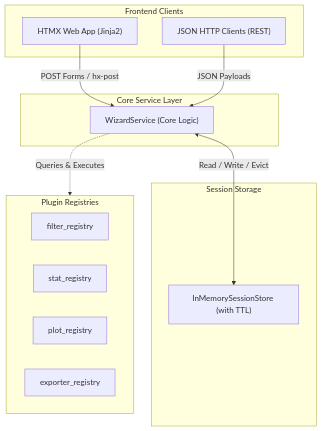
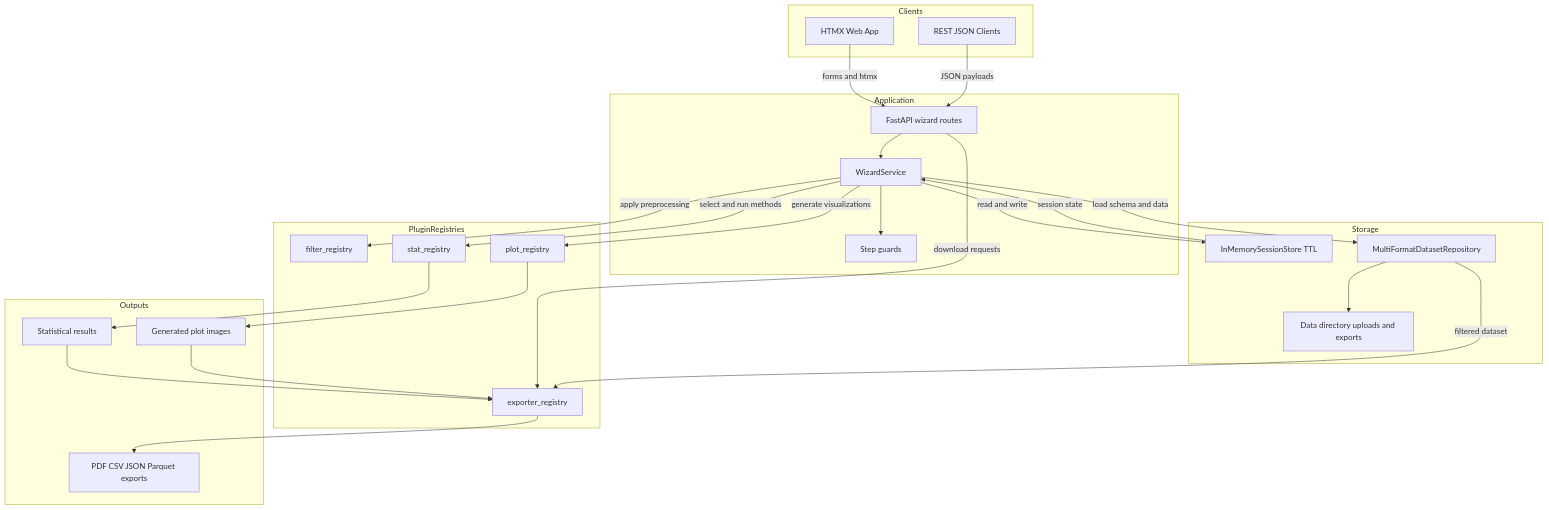
The diagram in README.md (Kugeleis/expyri), drawn with Mermaid before and after one commit. The commit also changed other lines of this file, not shown here.

Commit message:
fix: Update architecture diagram

````diff
--- a/README.md
+++ b/README.md
@@ -20,27 +20,51 @@
 ```mermaid
-graph TD
-    subgraph Clients [Frontend Clients]
-        HTML["HTMX Web App (Jinja2)"]
-        JSON["JSON HTTP Clients (REST)"]
+flowchart TD
+    subgraph Clients
+        HTML["HTMX Web App"]
+        JSON["REST JSON Clients"]
     end
 
-    subgraph Service [Core Service Layer]
-        WS["WizardService (Core Logic)"]
+    subgraph Application
+        Router["FastAPI wizard routes"]
+        Service["WizardService"]
+        Guards["Step guards"]
     end
 
-    subgraph Store [Session Storage]
-        StoreDB["InMemorySessionStore (with TTL)"]
+    subgraph Storage
+        StoreDB["InMemorySessionStore TTL"]
+        Repo["MultiFormatDatasetRepository"]
+        DataDir["Data directory uploads and exports"]
     end
 
-    subgraph Registries [Plugin Registries]
-        FR["filter_registry"]
-        SR["stat_registry"]
-        PR["plot_registry"]
-        ER["exporter_registry"]
+    subgraph PluginRegistries
+        Filters["filter_registry"]
+        Stats["stat_registry"]
+        Plots["plot_registry"]
+        Exporters["exporter_registry"]
     end
 
-    HTML -->|POST Forms / hx-post| WS
-    JSON -->|JSON Payloads| WS
-    WS <-->|Read / Write / Evict| StoreDB
-    WS -.->|Queries & Executes| Registries
+    subgraph Outputs
+        StatResults["Statistical results"]
+        PlotImages["Generated plot images"]
+        Reports["PDF CSV JSON Parquet exports"]
+    end
+
+    HTML -->|forms and htmx| Router
+    JSON -->|JSON payloads| Router
+    Router --> Service
+    Service --> Guards
+    Service -->|read and write| StoreDB
+    StoreDB -->|session state| Service
+    Service -->|load schema and data| Repo
+    Repo --> DataDir
+    Service -->|apply preprocessing| Filters
+    Service -->|select and run methods| Stats
+    Service -->|generate visualizations| Plots
+    Stats --> StatResults
+    Plots --> PlotImages
+    Router -->|download requests| Exporters
+    Exporters --> Reports
+    StatResults --> Exporters
+    PlotImages --> Exporters
+    Repo -->|filtered dataset| Exporters
 ```
````
